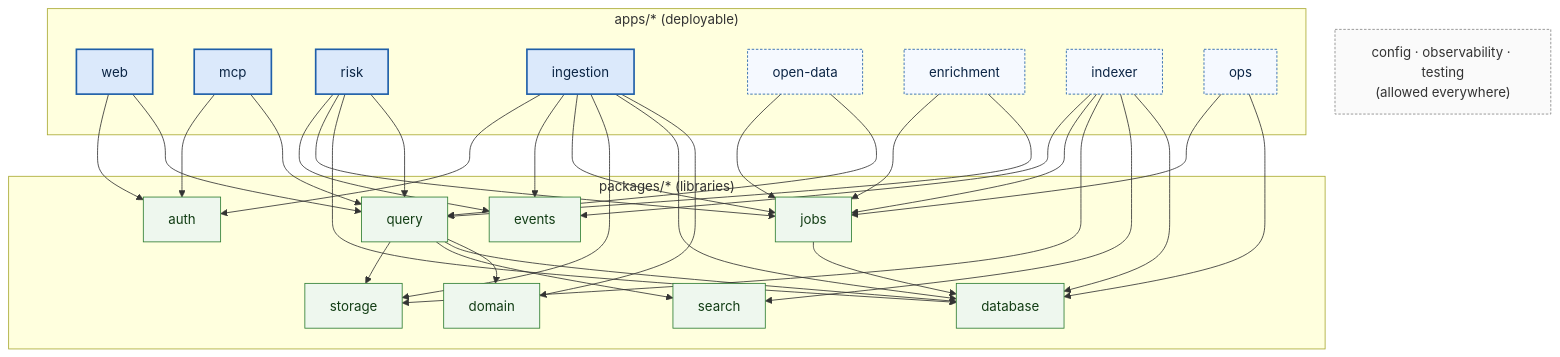
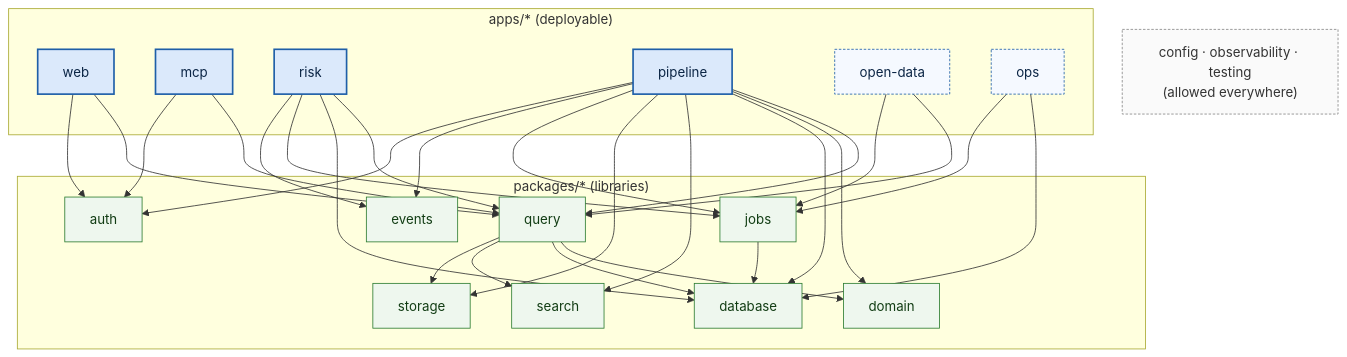
The fifth of 11 diagrams in docs/architecture/architecture-upgrade.md (Viespirkiu-grupe/viespirkiai), drawn with Mermaid before and after one commit. The commit also changed other lines of this file, not shown here.

Commit message:
added deployment diagram

````diff
--- a/docs/architecture/architecture-upgrade.md
+++ b/docs/architecture/architecture-upgrade.md
@@ -730,61 +743,54 @@
 ```mermaid
 flowchart TB
     classDef app fill: #dbe9fb, stroke: #1f5fa8, stroke-width: 2px, color: #0b2545
     classDef supapp fill: #f5f9ff, stroke: #1f5fa8, stroke-dasharray: 3 2, color: #0b2545
     classDef pkg fill: #eef7ee, stroke: #2e7d32, color: #123d14
     classDef xcut fill: #fafafa, stroke: #888, stroke-dasharray: 3 2, color: #333
 
     subgraph APPS["apps/* (deployable)"]
         web["web"]:::app
         mcp["mcp"]:::app
         risk["risk"]:::app
-        ingestion["ingestion"]:::app
+        pipeline["pipeline"]:::app
         opendata["open-data"]:::supapp
-        enrichment["enrichment"]:::supapp
-        indexer["indexer"]:::supapp
         ops["ops"]:::supapp
     end
 
     subgraph PKGS["packages/* (libraries)"]
         query["query"]:::pkg
         domain["domain"]:::pkg
         database["database"]:::pkg
         search["search"]:::pkg
         storage["storage"]:::pkg
         jobs["jobs"]:::pkg
         events["events"]:::pkg
         auth["auth"]:::pkg
     end
 
     xc["config · observability · testing<br/>(allowed everywhere)"]:::xcut
     web --> query
     web --> auth
     mcp --> query
     mcp --> auth
     risk --> query
     risk --> database
     risk --> jobs
     risk --> events
     opendata --> query
     opendata --> jobs
-    enrichment --> query
-    enrichment --> jobs
-    ingestion --> domain
-    ingestion --> database
-    ingestion --> storage
-    ingestion --> jobs
-    ingestion --> events
-    ingestion --> auth
-    indexer --> database
-    indexer --> search
-    indexer --> storage
-    indexer --> jobs
-    indexer --> events
+    pipeline --> query
+    pipeline --> domain
+    pipeline --> database
+    pipeline --> search
+    pipeline --> storage
+    pipeline --> jobs
+    pipeline --> events
+    pipeline --> auth
     ops --> database
     ops --> jobs
     query --> domain
     query --> database
     query --> search
     query --> storage
     jobs --> database
 ```
````
